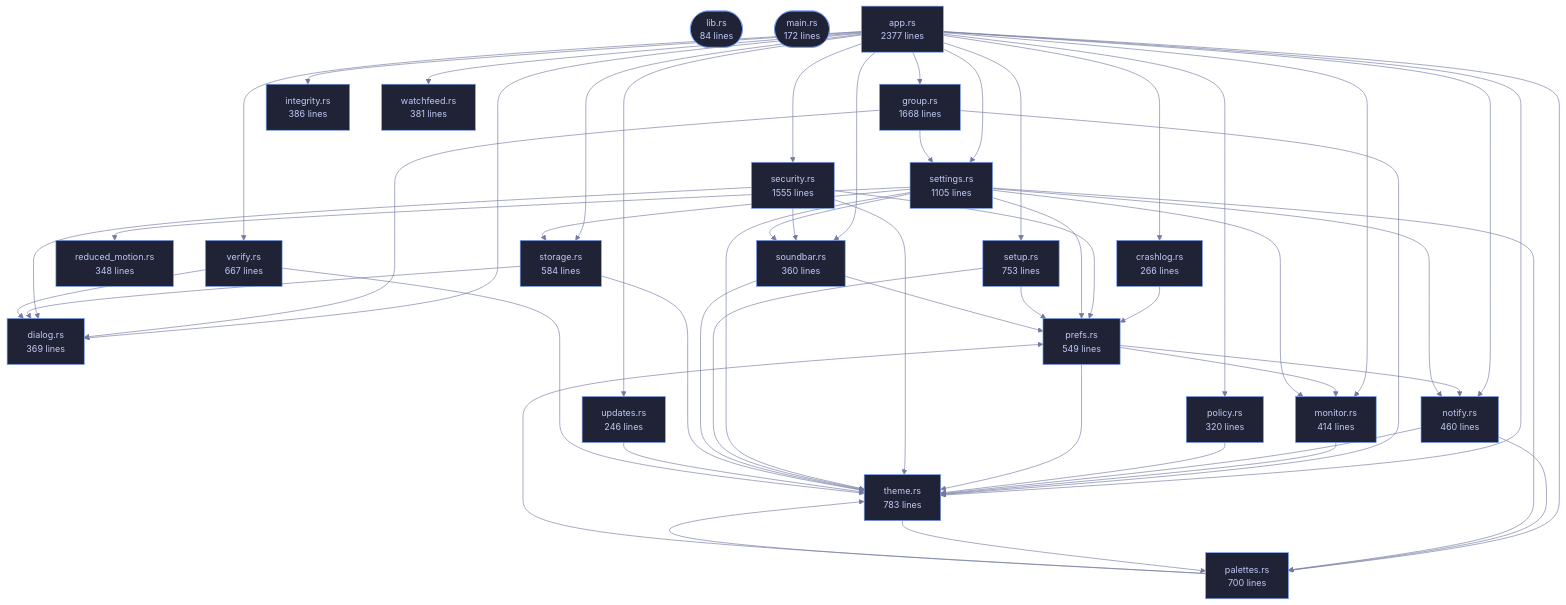
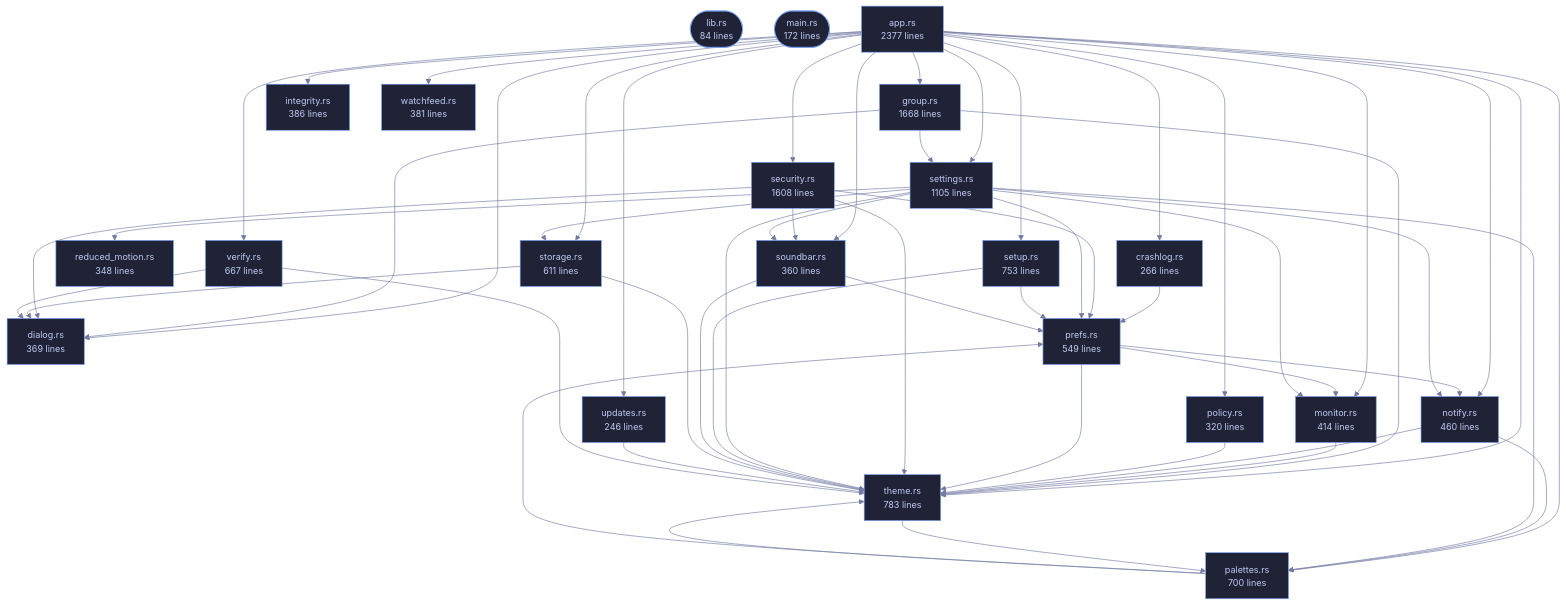
One commit to tilas01/veilvoice changed the diagram in crates/veilvoice-gui/README.md. Above: the diagram before and after it, drawn with Mermaid. The commit also changed other lines of this file and 30 other files, not shown here.

```diff
--- a/crates/veilvoice-gui/README.md
+++ b/crates/veilvoice-gui/README.md
@@ -107,11 +107,11 @@
     n_policy["policy.rs<br/>320 lines"]
     n_prefs["prefs.rs<br/>549 lines"]
     n_reduced_motion["reduced_motion.rs<br/>348 lines"]
-    n_security["security.rs<br/>1555 lines"]
+    n_security["security.rs<br/>1608 lines"]
     n_settings["settings.rs<br/>1105 lines"]
     n_setup["setup.rs<br/>753 lines"]
     n_soundbar["soundbar.rs<br/>360 lines"]
-    n_storage["storage.rs<br/>584 lines"]
+    n_storage["storage.rs<br/>611 lines"]
     n_theme["theme.rs<br/>783 lines"]
     n_updates["updates.rs<br/>246 lines"]
     n_verify["verify.rs<br/>667 lines"]
```
